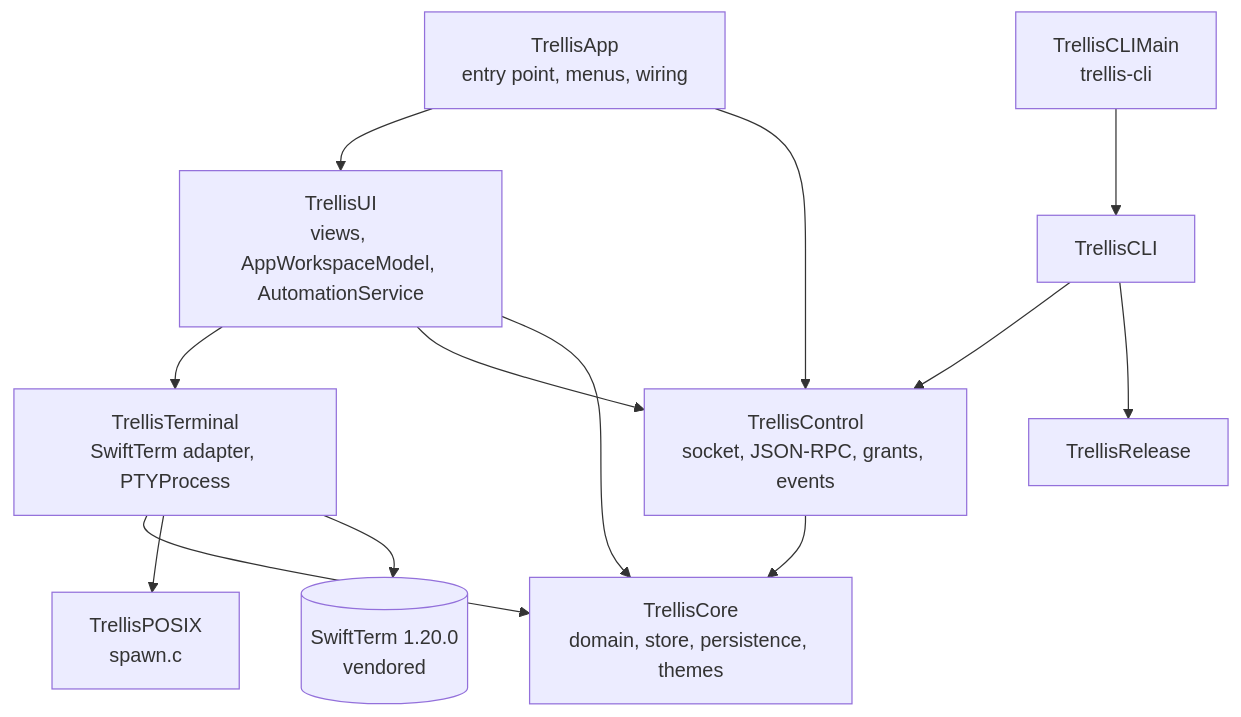
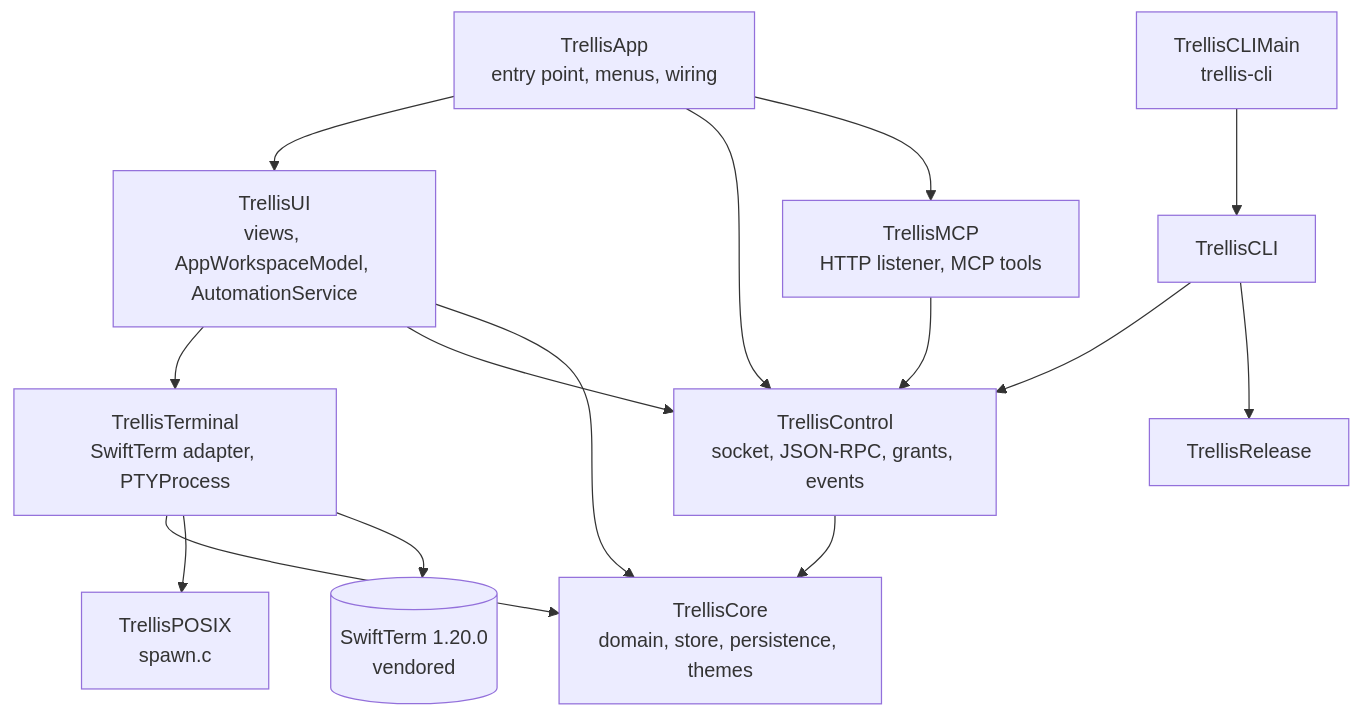
One commit to bearstouch/trellis changed the first of 2 diagrams in docs/architecture/index.md. Above: the diagram before and after it, drawn with Mermaid. The commit also changed other lines of this file and 38 other files, not shown here.

````diff
--- a/docs/architecture/index.md
+++ b/docs/architecture/index.md
@@ -7,16 +7,18 @@
 ```mermaid
 flowchart TD
     App[TrellisApp<br/>entry point, menus, wiring] --> UI
     App --> Control
     UI[TrellisUI<br/>views, AppWorkspaceModel, AutomationService] --> Terminal
     UI --> Control
     UI --> Core
     Terminal[TrellisTerminal<br/>SwiftTerm adapter, PTYProcess] --> Core
     Terminal --> POSIX[TrellisPOSIX<br/>spawn.c]
     Terminal --> SwiftTerm[(SwiftTerm 1.20.0<br/>vendored)]
     Control[TrellisControl<br/>socket, JSON-RPC, grants, events] --> Core
+    App --> MCP[TrellisMCP<br/>HTTP listener, MCP tools]
+    MCP --> Control
     CLIMain[TrellisCLIMain<br/>trellis-cli] --> CLI[TrellisCLI]
     CLI --> Control
     CLI --> Release[TrellisRelease]
     Core[TrellisCore<br/>domain, store, persistence, themes]
 ```
````
